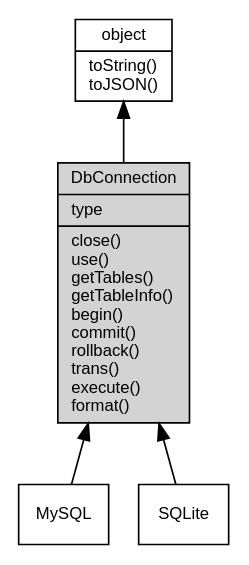
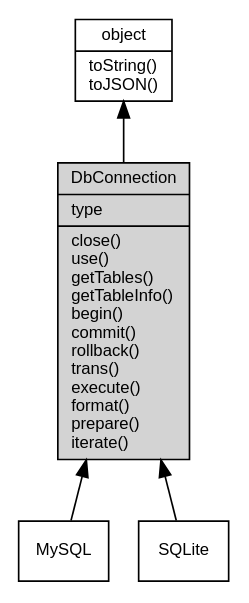
One commit to fibjs/fibjs.org changed the diagram in docs/manual/object/ifs/DbConnection.md. Above: the diagram before and after it, drawn with Graphviz. The commit also changed other lines of this file and 241 other files, not shown here.

````diff
--- a/docs/manual/object/ifs/DbConnection.md
+++ b/docs/manual/object/ifs/DbConnection.md
@@ -13,14 +90,14 @@
 ```dot
 digraph {
     node [fontname="Helvetica,sans-Serif", fontsize=10, shape="record", style="filled", fillcolor="white"];
 
     object [tooltip="object", URL="object.md", label="{object|toString()\ltoJSON()\l}"];
-    DbConnection [tooltip="DbConnection", fillcolor="lightgray", id="me", label="{DbConnection|type\l|close()\luse()\lgetTables()\lgetTableInfo()\lbegin()\lcommit()\lrollback()\ltrans()\lexecute()\lformat()\l}"];
+    DbConnection [tooltip="DbConnection", fillcolor="lightgray", id="me", label="{DbConnection|type\l|close()\luse()\lgetTables()\lgetTableInfo()\lbegin()\lcommit()\lrollback()\ltrans()\lexecute()\lformat()\lprepare()\literate()\l}"];
     MySQL [tooltip="MySQL", URL="MySQL.md", label="{MySQL}"];
     SQLite [tooltip="SQLite", URL="SQLite.md", label="{SQLite}"];
 
     object -> DbConnection [dir=back];
     DbConnection -> MySQL [dir=back];
     DbConnection -> SQLite [dir=back];
 }
 ```
````
